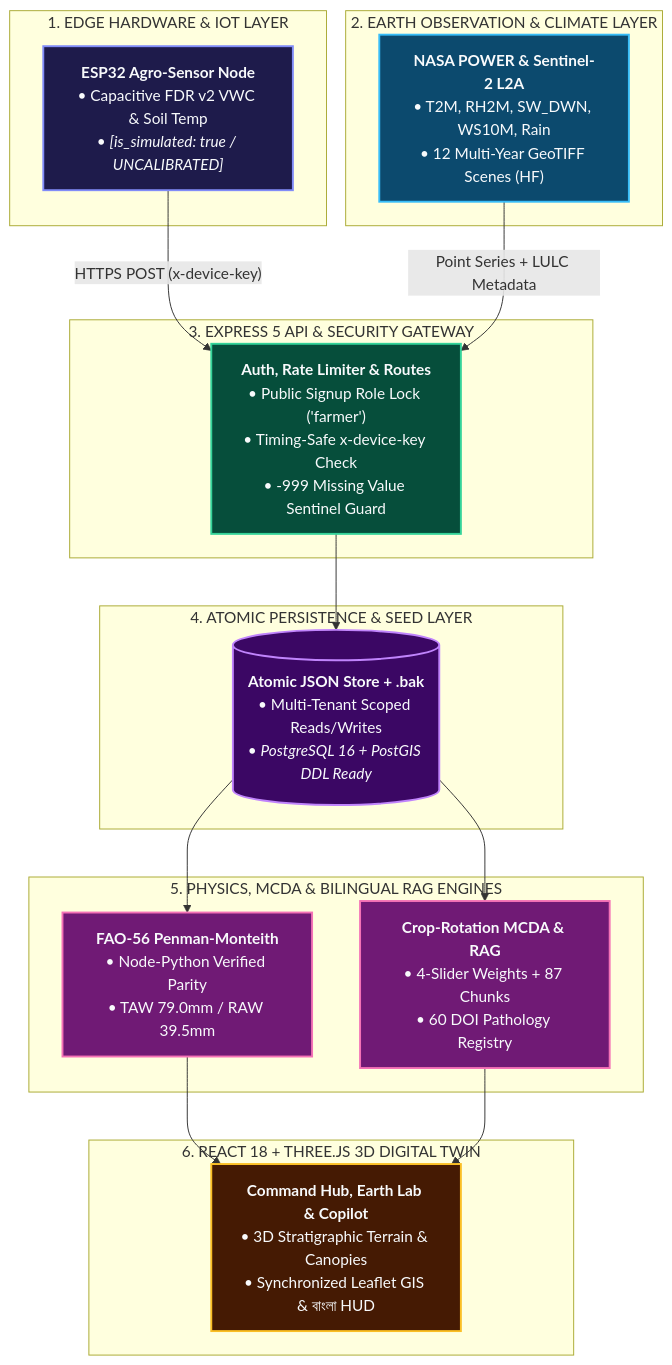
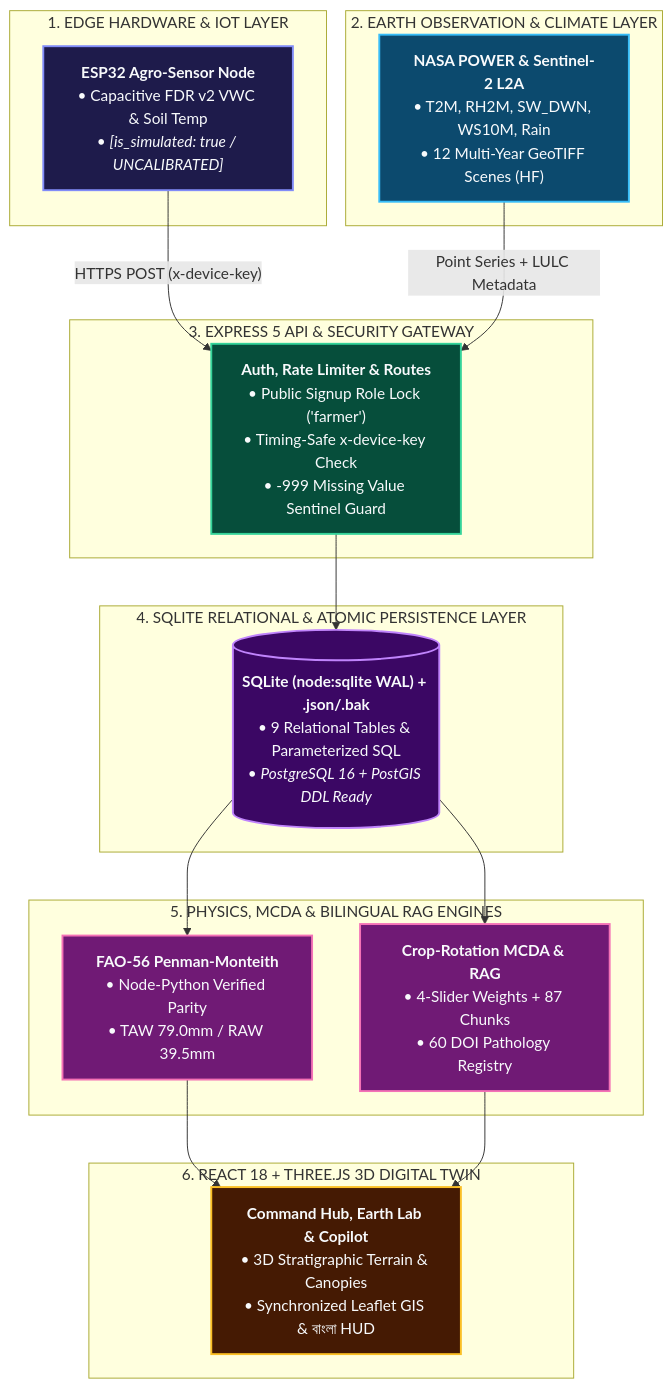
One commit to ASHIK311/agrisense-fusion changed the first of 5 diagrams in README.md. Above: the diagram before and after it, drawn with Mermaid. The commit also changed other lines of this file and 5 other files, not shown here.

Commit message:
test(ci): add SQLite WAL, RF ensemble, and persistent RAG regression tests

````diff
--- a/README.md
+++ b/README.md
@@ -218,42 +219,42 @@
 ```mermaid
 graph TB
   classDef edgeLayer fill:#1e1b4b,stroke:#818cf8,stroke-width:2px,color:#f8fafc;
   classDef satLayer fill:#0c4a6e,stroke:#38bdf8,stroke-width:2px,color:#f8fafc;
   classDef ingressLayer fill:#064e3b,stroke:#34d399,stroke-width:2px,color:#f8fafc;
   classDef storeLayer fill:#3b0764,stroke:#c084fc,stroke-width:2px,color:#f8fafc;
   classDef scienceLayer fill:#701a75,stroke:#f472b6,stroke-width:2px,color:#f8fafc;
   classDef uiLayer fill:#451a03,stroke:#fbbf24,stroke-width:2px,color:#f8fafc;
 
   subgraph L1["1. EDGE HARDWARE & IOT LAYER"]
     ESP32["<b>ESP32 Agro-Sensor Node</b><br/>• Capacitive FDR v2 VWC &amp; Soil Temp<br/>• <i>[is_simulated: true / UNCALIBRATED]</i>"]:::edgeLayer
   end
 
   subgraph L2["2. EARTH OBSERVATION & CLIMATE LAYER"]
     NASA["<b>NASA POWER &amp; Sentinel-2 L2A</b><br/>• T2M, RH2M, SW_DWN, WS10M, Rain<br/>• 12 Multi-Year GeoTIFF Scenes (HF)"]:::satLayer
   end
 
   subgraph L3["3. EXPRESS 5 API & SECURITY GATEWAY"]
     GW["<b>Auth, Rate Limiter &amp; Routes</b><br/>• Public Signup Role Lock ('farmer')<br/>• Timing-Safe x-device-key Check<br/>• -999 Missing Value Sentinel Guard"]:::ingressLayer
   end
 
-  subgraph L4["4. ATOMIC PERSISTENCE & SEED LAYER"]
-    DB[("<b>Atomic JSON Store + .bak</b><br/>• Multi-Tenant Scoped Reads/Writes<br/>• <i>PostgreSQL 16 + PostGIS DDL Ready</i>")]:::storeLayer
+  subgraph L4["4. SQLITE RELATIONAL & ATOMIC PERSISTENCE LAYER"]
+    DB[("<b>SQLite (node:sqlite WAL) + .json/.bak</b><br/>• 9 Relational Tables &amp; Parameterized SQL<br/>• <i>PostgreSQL 16 + PostGIS DDL Ready</i>")]:::storeLayer
   end
 
   subgraph L5["5. PHYSICS, MCDA & BILINGUAL RAG ENGINES"]
     FAO["<b>FAO-56 Penman-Monteith</b><br/>• Node-Python Verified Parity<br/>• TAW 79.0mm / RAW 39.5mm"]:::scienceLayer
     MCDA["<b>Crop-Rotation MCDA &amp; RAG</b><br/>• 4-Slider Weights + 87 Chunks<br/>• 60 DOI Pathology Registry"]:::scienceLayer
   end
 
   subgraph L6["6. REACT 18 + THREE.JS 3D DIGITAL TWIN"]
     UI["<b>Command Hub, Earth Lab &amp; Copilot</b><br/>• 3D Stratigraphic Terrain &amp; Canopies<br/>• Synchronized Leaflet GIS &amp; বাংলা HUD"]:::uiLayer
   end
 
   ESP32 -- "HTTPS POST (x-device-key)" --> GW
   NASA -- "Point Series + LULC Metadata" --> GW
   GW --> DB
   DB --> FAO
   DB --> MCDA
   FAO --> UI
   MCDA --> UI
 ```
````
